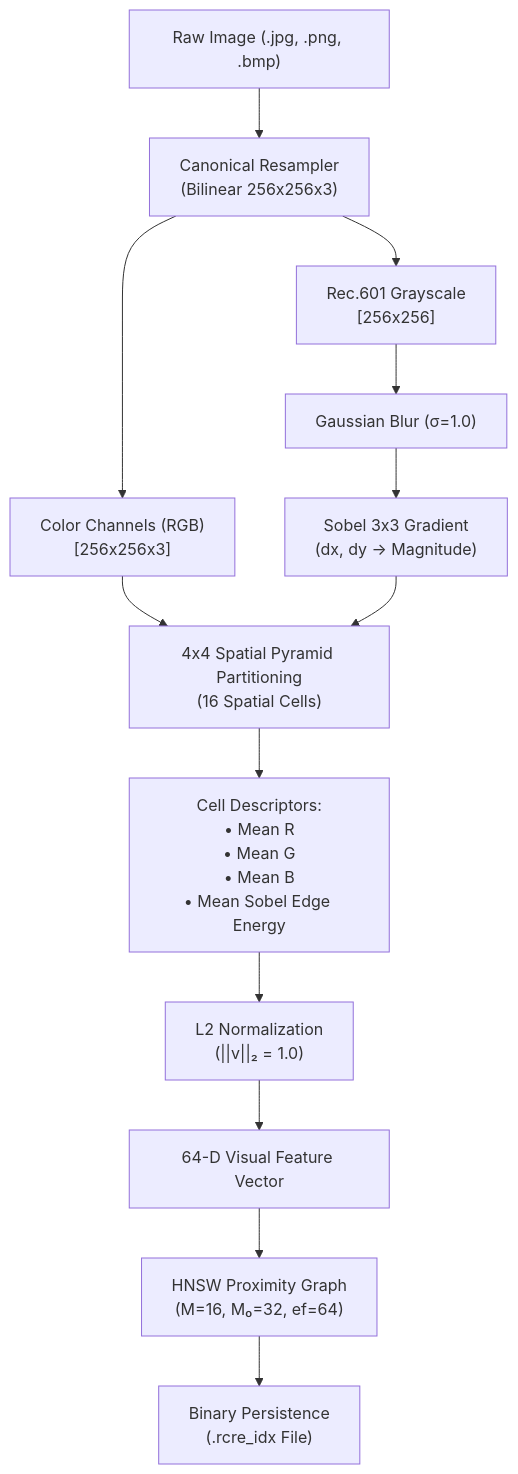
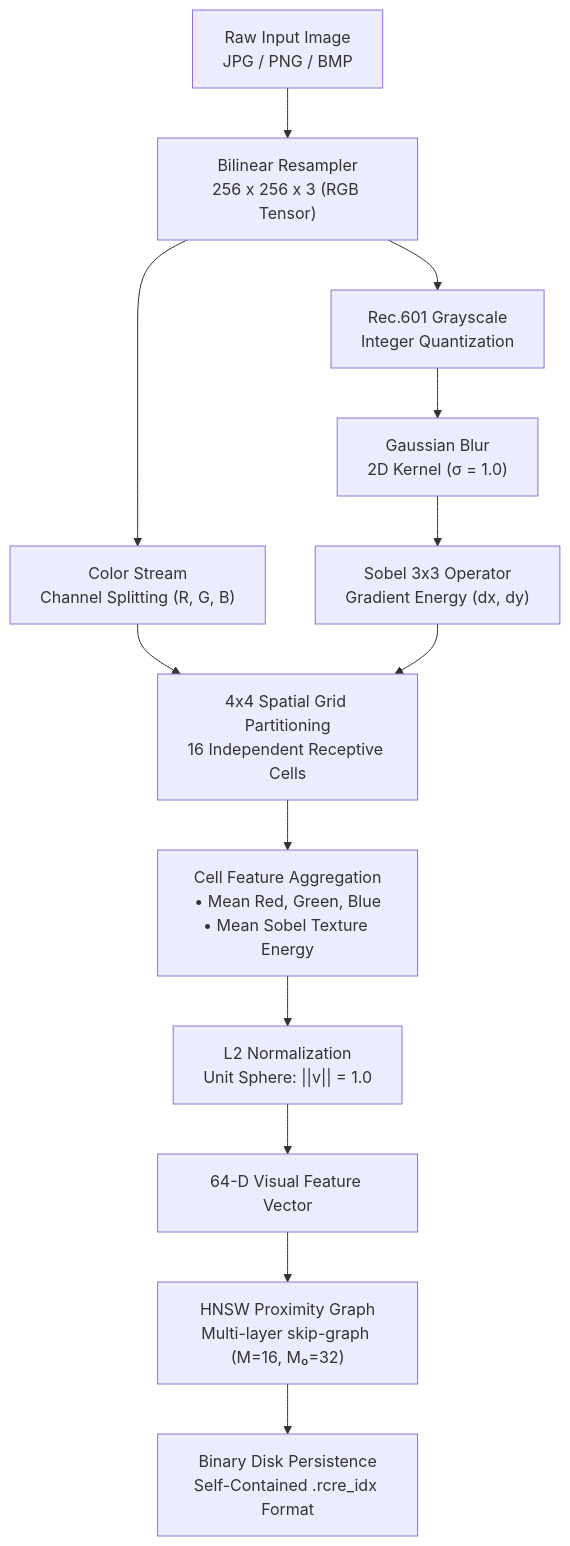
Before and after one commit to erolrecep/rcre: the diagram in projects/reverse_image_search/README.md, drawn with Mermaid. The commit also changed other lines of this file and 3 other files, not shown here.

Commit message:
docs(lens): render architecture pipeline diagram to high-res PNG/SVG and embed in README

````diff
--- a/projects/reverse_image_search/README.md
+++ b/projects/reverse_image_search/README.md
@@ -24,18 +31,18 @@
 ```mermaid
 flowchart TD
-    A["Raw Image (.jpg, .png, .bmp)"] --> B["Canonical Resampler\n(Bilinear 256x256x3)"]
-    B --> C["Color Channels (RGB)\n[256x256x3]"]
-    B --> D["Rec.601 Grayscale\n[256x256]"]
-    D --> E["Gaussian Blur (σ=1.0)"]
-    E --> F["Sobel 3x3 Gradient\n(dx, dy -> Magnitude)"]
+    A["Raw Input Image<br/>JPG / PNG / BMP"] --> B["Bilinear Resampler<br/>256 x 256 x 3 (RGB Tensor)"]
+    B --> C["Color Stream<br/>Channel Splitting (R, G, B)"]
+    B --> D["Rec.601 Grayscale<br/>Integer Quantization"]
+    D --> E["Gaussian Blur<br/>2D Kernel (σ = 1.0)"]
+    E --> F["Sobel 3x3 Operator<br/>Gradient Energy (dx, dy)"]
     
-    C --> G["4x4 Spatial Pyramid Partitioning\n(16 Spatial Cells)"]
+    C --> G["4x4 Spatial Grid Partitioning<br/>16 Independent Receptive Cells"]
     F --> G
     
-    G --> H["Cell Descriptors:\n• Mean R\n• Mean G\n• Mean B\n• Mean Sobel Edge Energy"]
-    H --> I["L2 Normalization\n(||v||₂ = 1.0)"]
+    G --> H["Cell Feature Aggregation<br/>• Mean Red, Green, Blue<br/>• Mean Sobel Texture Energy"]
+    H --> I["L2 Normalization<br/>Unit Sphere: ||v|| = 1.0"]
     I --> J["64-D Visual Feature Vector"]
     
-    J --> K["HNSW Proximity Graph\n(M=16, M₀=32, ef=64)"]
-    K --> L["Binary Persistence\n(.rcre_idx File)"]
+    J --> K["HNSW Proximity Graph<br/>Multi-layer skip-graph (M=16, M₀=32)"]
+    K --> L["Binary Disk Persistence<br/>Self-Contained .rcre_idx Format"]
 ```
````
